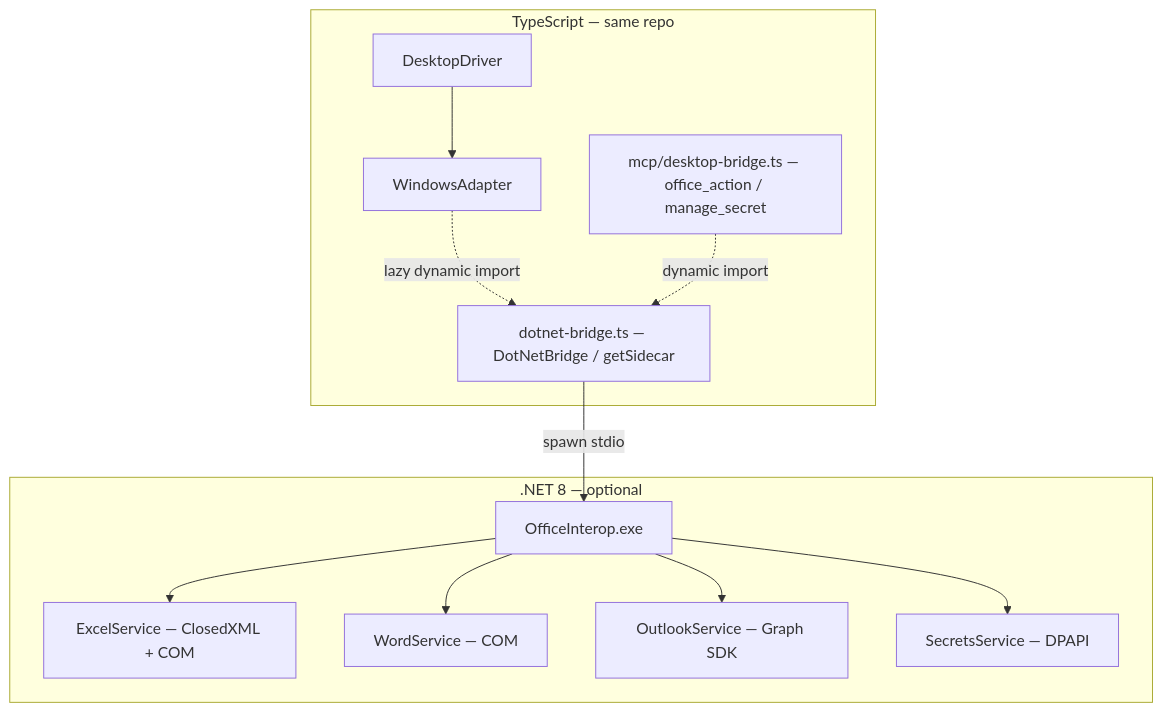
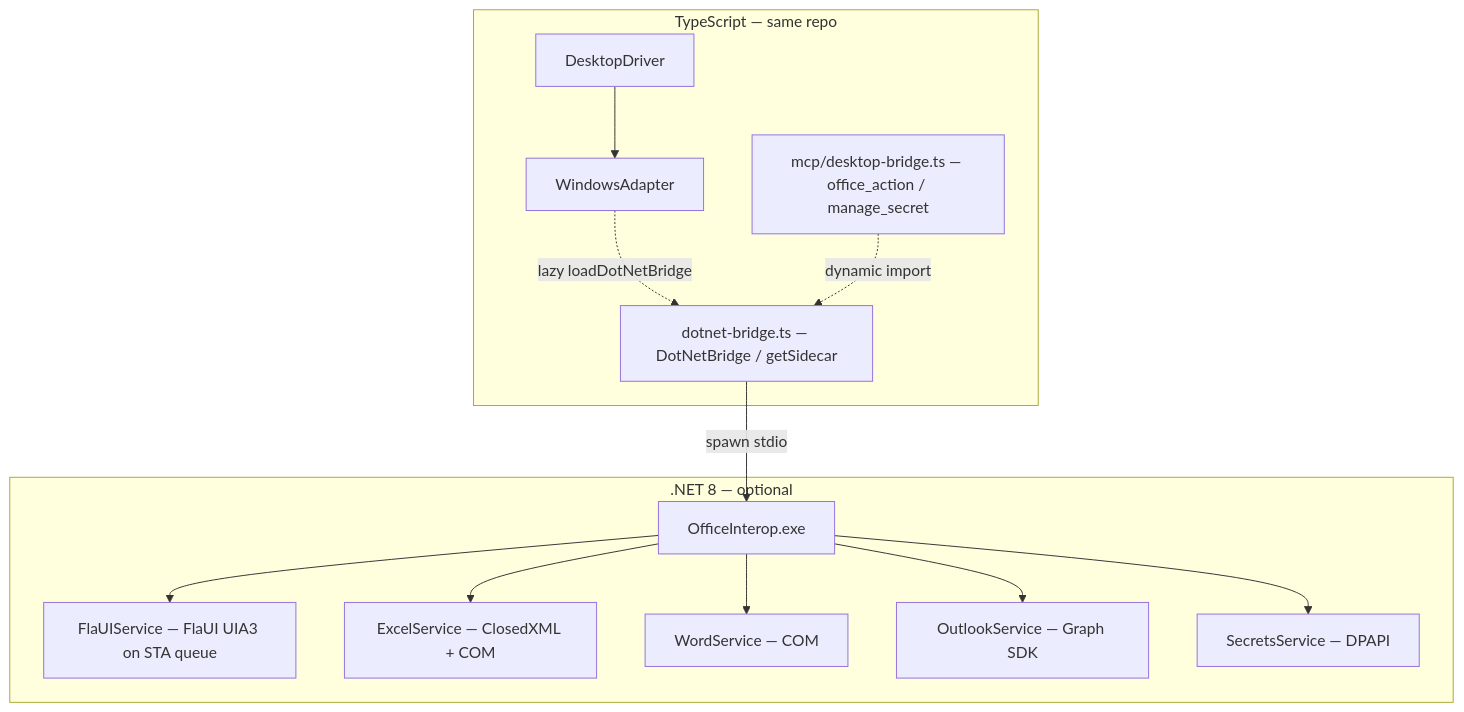
Before and after one commit to ravichandola/Avengers: the diagram in docs/desktop/dotnet-sidecar.md, drawn with Mermaid. The commit also changed other lines of this file and 19 other files, not shown here.

````diff
--- a/docs/desktop/dotnet-sidecar.md
+++ b/docs/desktop/dotnet-sidecar.md
@@ -60,24 +61,26 @@
 ```mermaid
 flowchart TB
   subgraph ts [TypeScript — same repo]
     WD[DesktopDriver]
     WA[WindowsAdapter]
     DB[dotnet-bridge.ts — DotNetBridge / getSidecar]
     MCP[mcp/desktop-bridge.ts — office_action / manage_secret]
   end
   subgraph net [.NET 8 — optional]
     EXE[OfficeInterop.exe]
+    FU[FlaUIService — FlaUI UIA3 on STA queue]
     EX[ExcelService — ClosedXML + COM]
     WO[WordService — COM]
     OU[OutlookService — Graph SDK]
     SE[SecretsService — DPAPI]
   end
   WD --> WA
-  WA -. lazy dynamic import .-> DB
+  WA -. lazy loadDotNetBridge .-> DB
   MCP -. dynamic import .-> DB
   DB -->|spawn stdio| EXE
+  EXE --> FU
   EXE --> EX
   EXE --> WO
   EXE --> OU
   EXE --> SE
 ```
````
